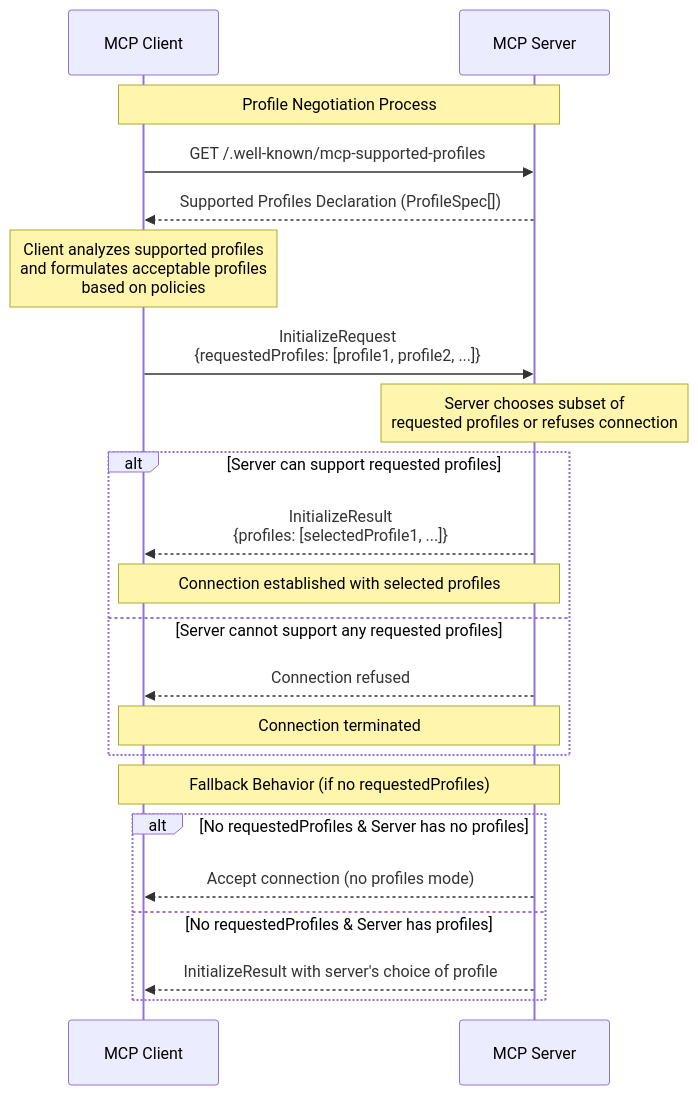
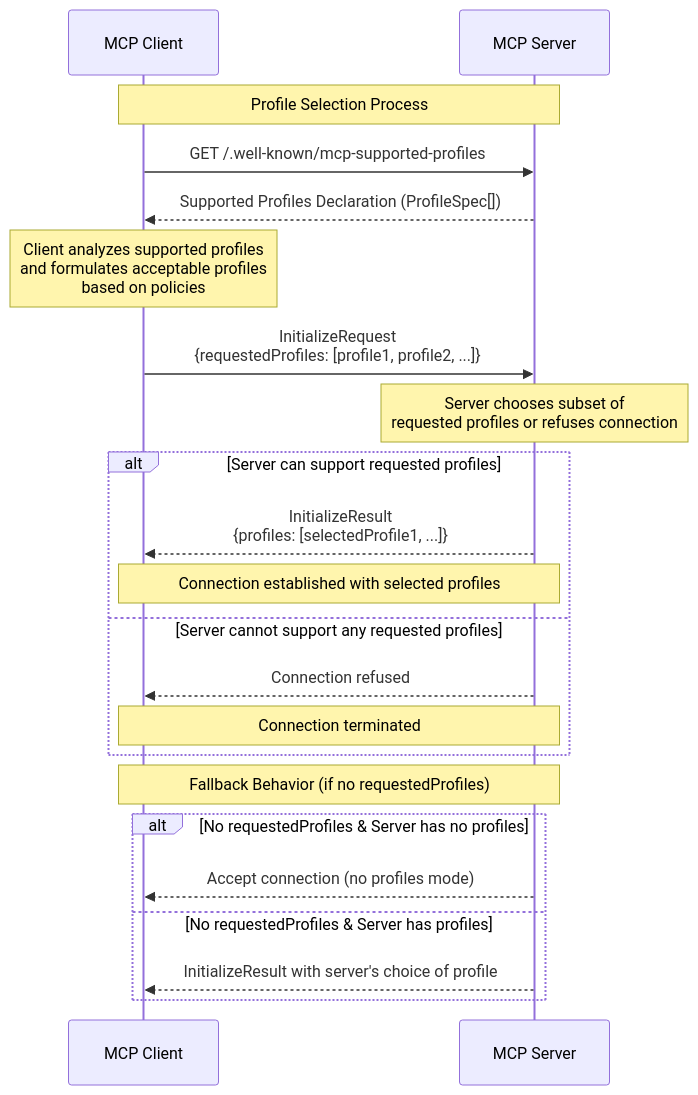
The diagram in docs/specification/draft/server/profiles.mdx (modelcontextprotocol/modelcontextprotocol), drawn with Mermaid before and after one commit. The commit also changed other lines of this file, not shown here.

Commit message:
changed terminology to selection

````diff
--- a/docs/specification/draft/server/profiles.mdx
+++ b/docs/specification/draft/server/profiles.mdx
@@ -158,32 +158,32 @@
 ```mermaid
   sequenceDiagram
       participant C as MCP Client
       participant S as MCP Server
 
-      Note over C,S: Profile Negotiation Process
+      Note over C,S: Profile Selection Process
 
       C->>S: GET /.well-known/mcp-supported-profiles
       S-->>C: Supported Profiles Declaration (ProfileSpec[])
 
       Note over C: Client analyzes supported profiles<br/>and formulates acceptable profiles<br/>based on policies
 
       C->>S: InitializeRequest<br/>{requestedProfiles: [profile1, profile2, ...]}
 
       Note over S: Server chooses subset of<br/>requested profiles or refuses connection
 
       alt Server can support requested profiles
           S-->>C: InitializeResult<br/>{profiles: [selectedProfile1, ...]}
           Note over C,S: Connection established with selected profiles
       else Server cannot support any requested profiles
           S-->>C: Connection refused
           Note over C,S: Connection terminated
       end
 
       Note over C,S: Fallback Behavior (if no requestedProfiles)
 
       alt No requestedProfiles & Server has no profiles
           S-->>C: Accept connection (no profiles mode)
       else No requestedProfiles & Server has profiles
           S-->>C: InitializeResult with server's choice of profile
       end
 ```
````
